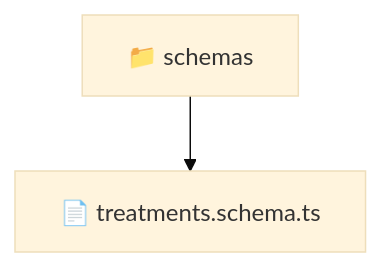
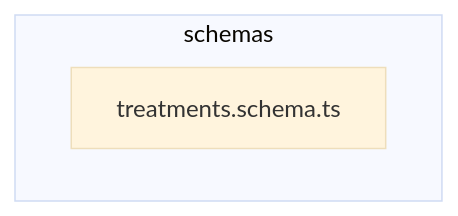
The diagram in backend/src/modules/treatments/infrastructure/schemas/README.md (beginwebdev2002/fullstack-mavluda), drawn with Mermaid (base theme) before and after one commit. The commit also changed other lines of this file and 163 other files, not shown here.

````diff
--- a/backend/src/modules/treatments/infrastructure/schemas/README.md
+++ b/backend/src/modules/treatments/infrastructure/schemas/README.md
@@ -9,5 +15,6 @@
 ```mermaid
 graph TD
-  Root["📁 schemas"]
-  Root --> treatments_schema_ts["📄 treatments.schema.ts"]
+  subgraph schemas
+    treatments_schema_ts["treatments.schema.ts"]
+  end
 ```
````
